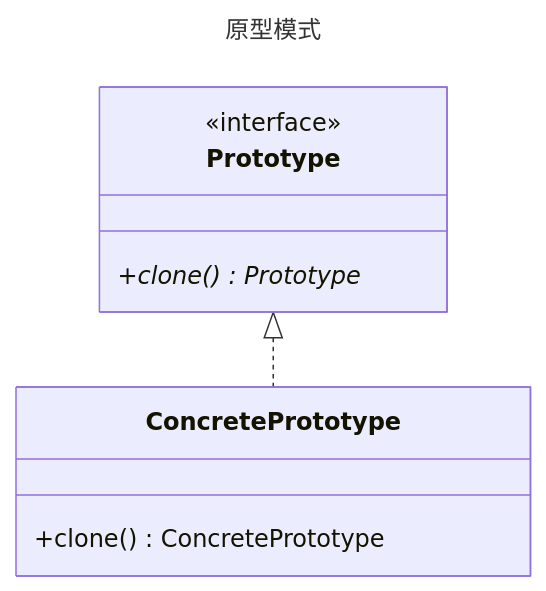
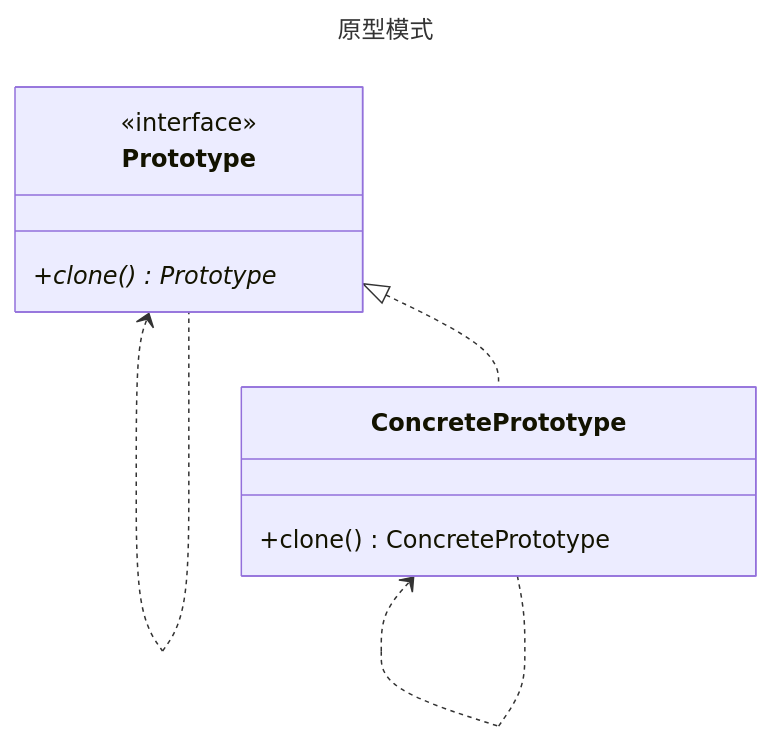
Before and after one commit to fengyun89/typescript-design-patterns: the diagram in prototype/README.md, drawn with Mermaid. The commit also changed 6 other files, not shown here.

````diff
--- a/prototype/README.md
+++ b/prototype/README.md
@@ -1,14 +1,16 @@
 ```mermaid
 ---
 title: 原型模式
 ---
 classDiagram
     class Prototype {
         <<interface>>
         +clone()* Prototype
     }
     class ConcretePrototype {
         +clone() ConcretePrototype
     }
+    Prototype <.. Prototype
     Prototype <|.. ConcretePrototype
+    ConcretePrototype <.. ConcretePrototype
 ```
````
